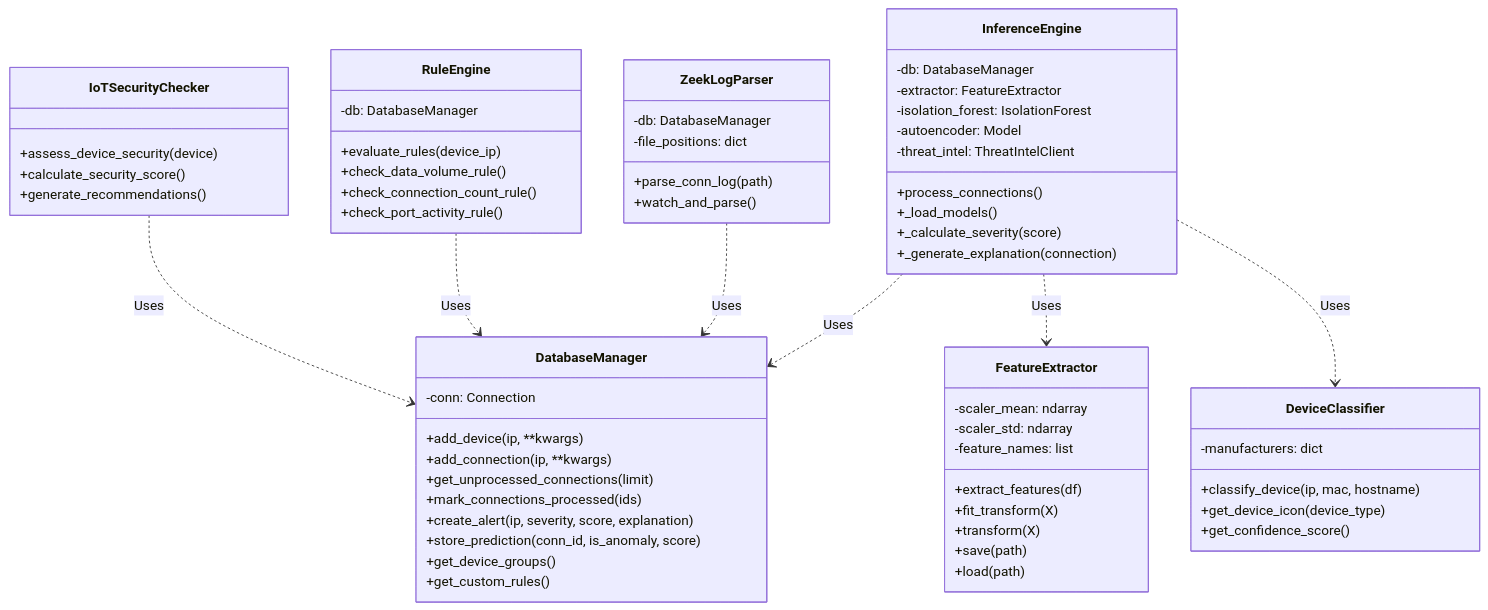
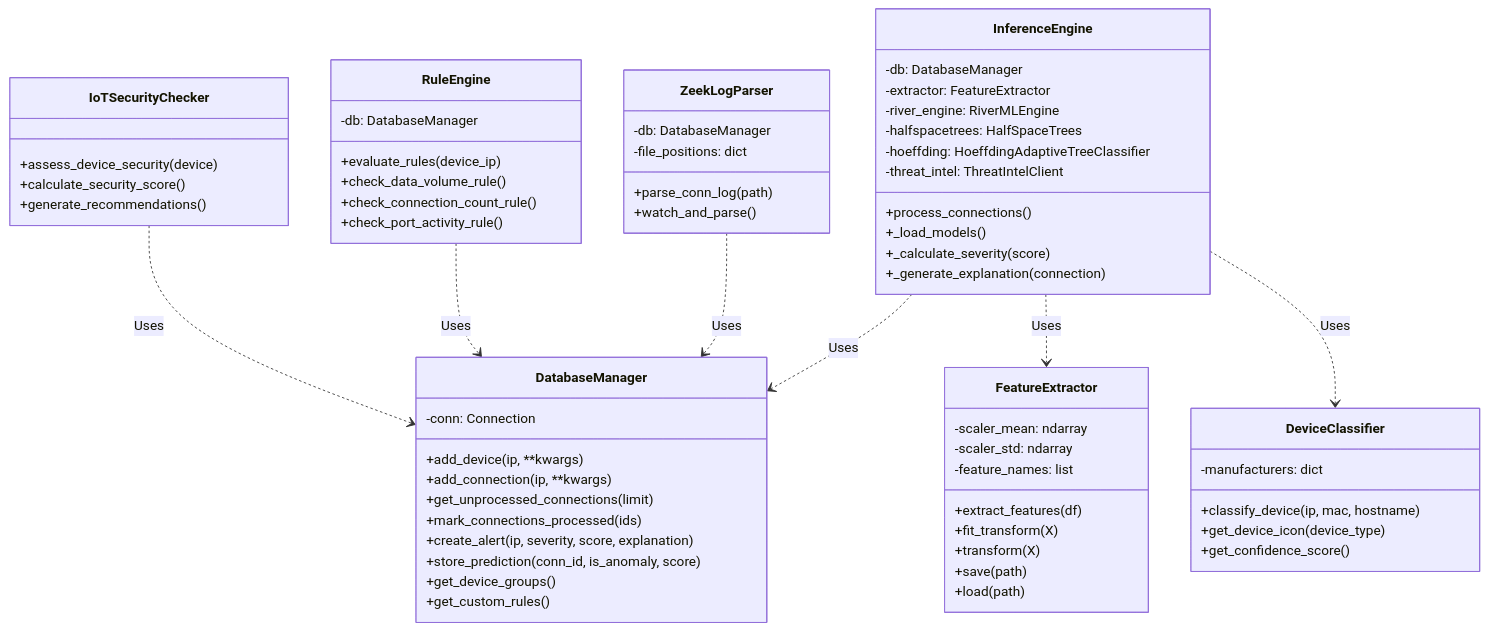
One commit to ritiksah141/iotsentinel changed the fourth of 4 diagrams in docs/academic/C4_ARCHITECTURE.md. Above: the diagram before and after it, drawn with Mermaid. The commit also changed other lines of this file and 57 other files, not shown here.

Commit message:
moved to river ml from isolation forest and autoencoder for better result and optimization and to remove the baseline collection 7 day period

````diff
--- a/docs/academic/C4_ARCHITECTURE.md
+++ b/docs/academic/C4_ARCHITECTURE.md
@@ -260,72 +260,73 @@
 ```mermaid
 classDiagram
     class InferenceEngine {
         -db: DatabaseManager
         -extractor: FeatureExtractor
-        -isolation_forest: IsolationForest
-        -autoencoder: Model
+        -river_engine: RiverMLEngine
+        -halfspacetrees: HalfSpaceTrees
+        -hoeffding: HoeffdingAdaptiveTreeClassifier
         -threat_intel: ThreatIntelClient
         +process_connections()
         +_load_models()
         +_calculate_severity(score)
         +_generate_explanation(connection)
     }
 
     class FeatureExtractor {
         -scaler_mean: ndarray
         -scaler_std: ndarray
         -feature_names: list
         +extract_features(df)
         +fit_transform(X)
         +transform(X)
         +save(path)
         +load(path)
     }
 
     class DatabaseManager {
         -conn: Connection
         +add_device(ip, **kwargs)
         +add_connection(ip, **kwargs)
         +get_unprocessed_connections(limit)
         +mark_connections_processed(ids)
         +create_alert(ip, severity, score, explanation)
         +store_prediction(conn_id, is_anomaly, score)
         +get_device_groups()
         +get_custom_rules()
     }
 
     class ZeekLogParser {
         -db: DatabaseManager
         -file_positions: dict
         +parse_conn_log(path)
         +watch_and_parse()
     }
 
     class DeviceClassifier {
         -manufacturers: dict
         +classify_device(ip, mac, hostname)
         +get_device_icon(device_type)
         +get_confidence_score()
     }
 
     class RuleEngine {
         -db: DatabaseManager
         +evaluate_rules(device_ip)
         +check_data_volume_rule()
         +check_connection_count_rule()
         +check_port_activity_rule()
     }
 
     class IoTSecurityChecker {
         +assess_device_security(device)
         +calculate_security_score()
         +generate_recommendations()
     }
 
     InferenceEngine ..> DatabaseManager : Uses
     InferenceEngine ..> FeatureExtractor : Uses
     InferenceEngine ..> DeviceClassifier : Uses
     ZeekLogParser ..> DatabaseManager : Uses
     RuleEngine ..> DatabaseManager : Uses
     IoTSecurityChecker ..> DatabaseManager : Uses
 ```
````
